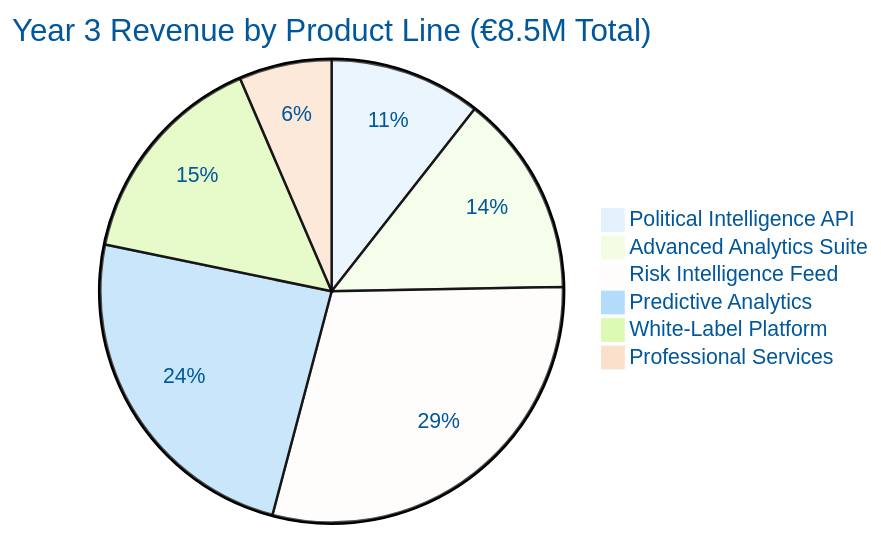
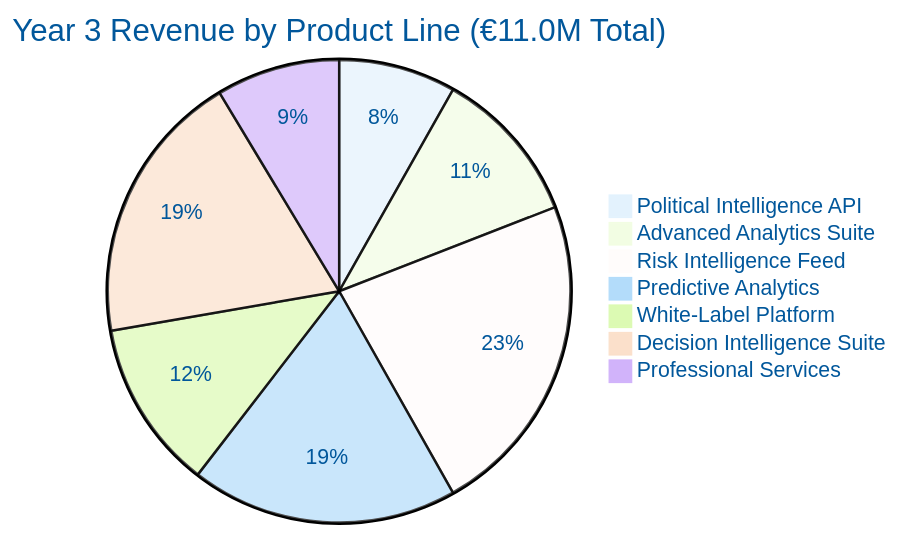
The second of 2 diagrams in BUSINESS_PRODUCT_DOCUMENT.md (Hack23/cia), drawn with Mermaid before and after one commit. The commit also changed other lines of this file, not shown here.

First line of the commit message:
Add Product Line 6: Decision Intelligence Suite with KPIs and Revenue Model (#7937)

````diff
--- a/BUSINESS_PRODUCT_DOCUMENT.md
+++ b/BUSINESS_PRODUCT_DOCUMENT.md
@@ -821,18 +964,19 @@
 ```mermaid
 %%{
   init: {
     'theme': 'base',
     'themeVariables': {
       'primaryColor': '#e3f2fd',
       'primaryTextColor': '#01579b'
     }
   }
 }%%
-pie title Year 3 Revenue by Product Line (€8.5M Total)
+pie title Year 3 Revenue by Product Line (€11.0M Total)
     "Political Intelligence API" : 900000
     "Advanced Analytics Suite" : 1200000
     "Risk Intelligence Feed" : 2500000
     "Predictive Analytics" : 2050000
     "White-Label Platform" : 1300000
-    "Professional Services" : 550000
+    "Decision Intelligence Suite" : 2100000
+    "Professional Services" : 950000
 ```
````
